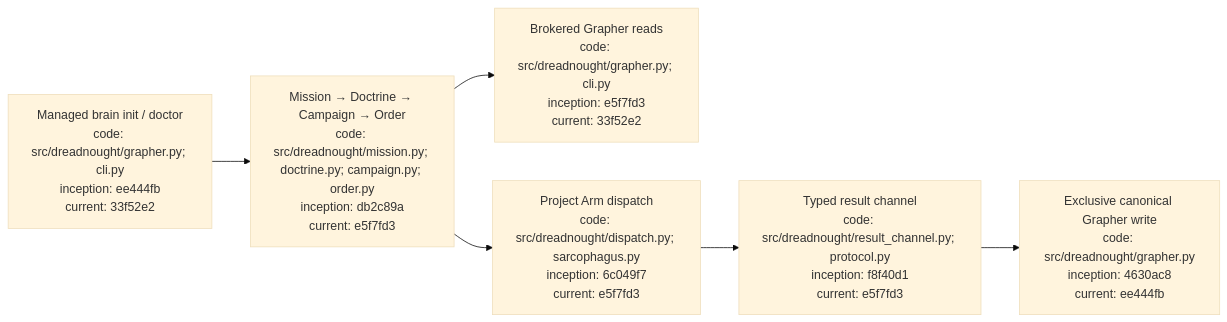
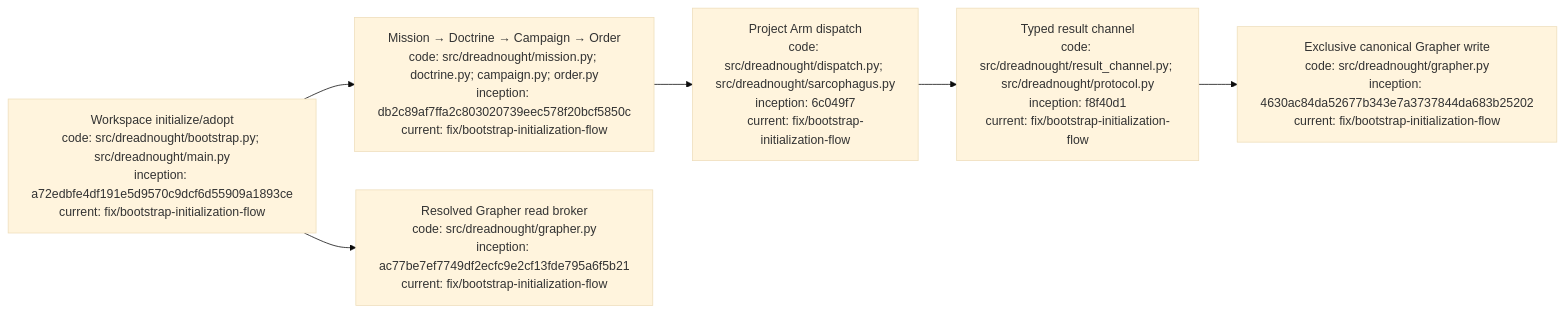
The diagram in docs/CLI_USAGE.md (seanbman/dreadnought), drawn with Mermaid (base theme) before and after one commit. The commit also changed other lines of this file, not shown here.

Commit message:
docs: align CLI reference with workspace bootstrap

````diff
--- a/docs/CLI_USAGE.md
+++ b/docs/CLI_USAGE.md
@@ -180,8 +217,8 @@
 ```mermaid
 flowchart LR
-    I["Managed brain init / doctor\ncode: src/dreadnought/grapher.py; cli.py\ninception: ee444fb\ncurrent: 33f52e2"] --> M["Mission → Doctrine → Campaign → Order\ncode: src/dreadnought/mission.py; doctrine.py; campaign.py; order.py\ninception: db2c89a\ncurrent: e5f7fd3"]
-    M --> Q["Brokered Grapher reads\ncode: src/dreadnought/grapher.py; cli.py\ninception: e5f7fd3\ncurrent: 33f52e2"]
-    M --> X["Project Arm dispatch\ncode: src/dreadnought/dispatch.py; sarcophagus.py\ninception: 6c049f7\ncurrent: e5f7fd3"]
-    X --> R["Typed result channel\ncode: src/dreadnought/result_channel.py; protocol.py\ninception: f8f40d1\ncurrent: e5f7fd3"]
-    R --> G["Exclusive canonical Grapher write\ncode: src/dreadnought/grapher.py\ninception: 4630ac8\ncurrent: ee444fb"]
+    I["Workspace initialize/adopt\ncode: src/dreadnought/bootstrap.py; src/dreadnought/main.py\ninception: a72edbfe4df191e5d9570c9dcf6d55909a1893ce\ncurrent: fix/bootstrap-initialization-flow"] --> M["Mission → Doctrine → Campaign → Order\ncode: src/dreadnought/mission.py; doctrine.py; campaign.py; order.py\ninception: db2c89af7ffa2c803020739eec578f20bcf5850c\ncurrent: fix/bootstrap-initialization-flow"]
+    I --> Q["Resolved Grapher read broker\ncode: src/dreadnought/grapher.py\ninception: ac77be7ef7749df2ecfc9e2cf13fde795a6f5b21\ncurrent: fix/bootstrap-initialization-flow"]
+    M --> X["Project Arm dispatch\ncode: src/dreadnought/dispatch.py; src/dreadnought/sarcophagus.py\ninception: 6c049f7\ncurrent: fix/bootstrap-initialization-flow"]
+    X --> R["Typed result channel\ncode: src/dreadnought/result_channel.py; src/dreadnought/protocol.py\ninception: f8f40d1\ncurrent: fix/bootstrap-initialization-flow"]
+    R --> G["Exclusive canonical Grapher write\ncode: src/dreadnought/grapher.py\ninception: 4630ac84da52677b343e7a3737844da683b25202\ncurrent: fix/bootstrap-initialization-flow"]
 ```
````
